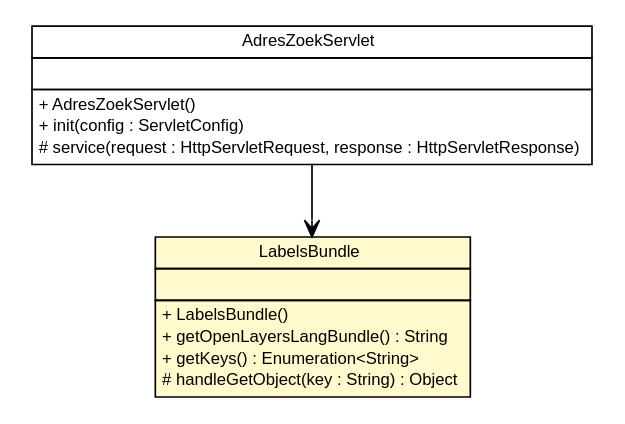
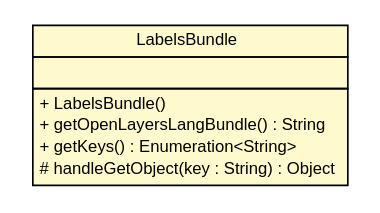
The diagram in apidocs/nl/mineleni/cbsviewer/util/LabelsBundle.dot (MinELenI/CBSviewer), drawn with Graphviz before and after one commit. The commit also changed 367 other files, not shown here.

```diff
--- a/apidocs/nl/mineleni/cbsviewer/util/LabelsBundle.dot
+++ b/apidocs/nl/mineleni/cbsviewer/util/LabelsBundle.dot
@@ -1,43 +1,27 @@
 #!/usr/local/bin/dot
 #
 # Class diagram 
 # Generated by UMLGraph version R5_6 (http://www.umlgraph.org/)
 #
 
 digraph G {
 	edge [fontname="arial",fontsize=10,labelfontname="arial",labelfontsize=10];
 	node [fontname="arial",fontsize=10,shape=plaintext];
 	nodesep=0.25;
 	ranksep=0.5;
-	// nl.mineleni.cbsviewer.servlet.gazetteer.AdresZoekServlet
-	c1766 [label=<<table title="nl.mineleni.cbsviewer.servlet.gazetteer.AdresZoekServlet" border="0" cellborder="1" cellspacing="0" cellpadding="2" port="p" href="../servlet/gazetteer/AdresZoekServlet.html">
-		<tr><td><table border="0" cellspacing="0" cellpadding="1">
-<tr><td align="center" balign="center"> AdresZoekServlet </td></tr>
-		</table></td></tr>
-		<tr><td><table border="0" cellspacing="0" cellpadding="1">
-<tr><td align="left" balign="left">  </td></tr>
-		</table></td></tr>
-		<tr><td><table border="0" cellspacing="0" cellpadding="1">
-<tr><td align="left" balign="left"> + AdresZoekServlet() </td></tr>
-<tr><td align="left" balign="left"> + init(config : ServletConfig) </td></tr>
-<tr><td align="left" balign="left"> # service(request : HttpServletRequest, response : HttpServletResponse) </td></tr>
-		</table></td></tr>
-		</table>>, URL="../servlet/gazetteer/AdresZoekServlet.html", fontname="arial", fontcolor="black", fontsize=10.0];
 	// nl.mineleni.cbsviewer.util.LabelsBundle
 	c1785 [label=<<table title="nl.mineleni.cbsviewer.util.LabelsBundle" border="0" cellborder="1" cellspacing="0" cellpadding="2" port="p" bgcolor="lemonChiffon" href="./LabelsBundle.html">
 		<tr><td><table border="0" cellspacing="0" cellpadding="1">
 <tr><td align="center" balign="center"> LabelsBundle </td></tr>
 		</table></td></tr>
 		<tr><td><table border="0" cellspacing="0" cellpadding="1">
 <tr><td align="left" balign="left">  </td></tr>
 		</table></td></tr>
 		<tr><td><table border="0" cellspacing="0" cellpadding="1">
 <tr><td align="left" balign="left"> + LabelsBundle() </td></tr>
 <tr><td align="left" balign="left"> + getOpenLayersLangBundle() : String </td></tr>
 <tr><td align="left" balign="left"> + getKeys() : Enumeration&lt;String&gt; </td></tr>
 <tr><td align="left" balign="left"> # handleGetObject(key : String) : Object </td></tr>
 		</table></td></tr>
 		</table>>, URL="./LabelsBundle.html", fontname="arial", fontcolor="black", fontsize=10.0];
-	// nl.mineleni.cbsviewer.servlet.gazetteer.AdresZoekServlet NAVASSOC nl.mineleni.cbsviewer.util.LabelsBundle
-	c1766:p -> c1785:p [taillabel="", label="", headlabel="", fontname="arial", fontcolor="black", fontsize=10.0, color="black", arrowhead=open];
 }
```
